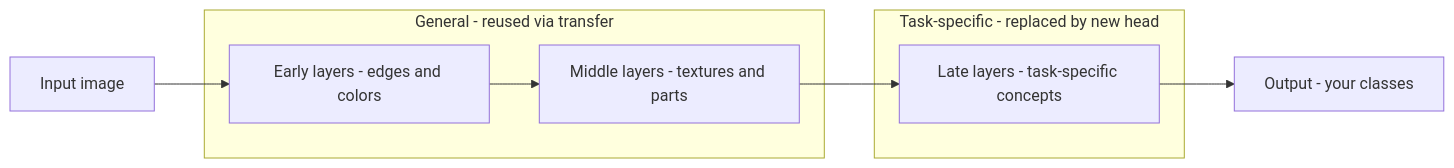
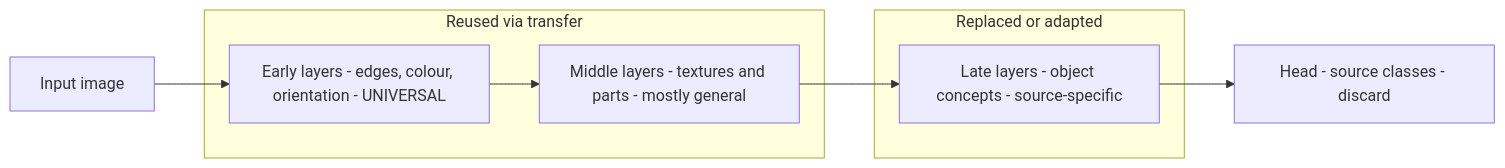
One commit to CODECRUNCHWORLDWIDE/C56-CRUNCH-VISION changed the diagram in curriculum/week-05-transfer-learning-for-vision/lecture-notes/01-why-transfer-works.md. Above: the diagram before and after it, drawn with Mermaid. The commit also changed other lines of this file and 254 other files, not shown here.

Commit message:
docs: add diagrams + sync content from curriculum source

````diff
--- a/curriculum/week-05-transfer-learning-for-vision/lecture-notes/01-why-transfer-works.md
+++ b/curriculum/week-05-transfer-learning-for-vision/lecture-notes/01-why-transfer-works.md
@@ -9,14 +32,14 @@
 ```mermaid
 flowchart LR
-  A["Input image"] --> B["Early layers - edges and colors"]
-  B --> C["Middle layers - textures and parts"]
-  C --> D["Late layers - task-specific concepts"]
-  D --> E["Output - your classes"]
-  subgraph General["General - reused via transfer"]
+  A["Input image"] --> B["Early layers - edges, colour, orientation - UNIVERSAL"]
+  B --> C["Middle layers - textures and parts - mostly general"]
+  C --> D["Late layers - object concepts - source-specific"]
+  D --> E["Head - source classes - discard"]
+  subgraph General["Reused via transfer"]
     B
     C
   end
-  subgraph Specific["Task-specific - replaced by new head"]
+  subgraph Specific["Replaced or adapted"]
     D
   end
 ```
````
